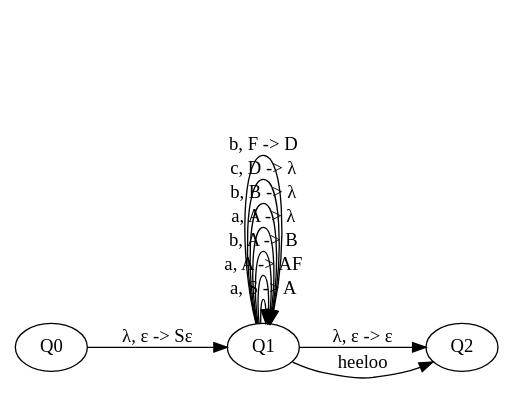
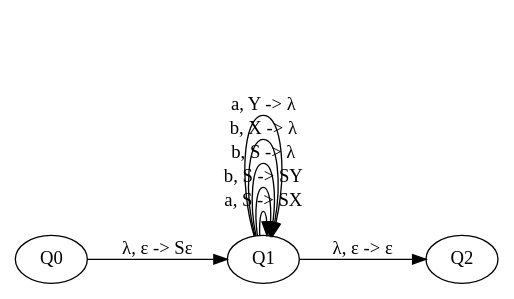
One commit to SaraHussein28/Automata-and-Computability-Project changed the diagram in finite_state_machine.gv. Above: the diagram before and after it, drawn with Graphviz. The commit also changed 25 other files, not shown here.

```diff
--- a/finite_state_machine.gv
+++ b/finite_state_machine.gv
@@ -1,17 +1,14 @@
 // The Round Table
 digraph finite_state_machine {
 	rankdir=LR size="8,5"
 	Q0
 	Q1
 	Q2
-	Q1 -> Q1 [label="a, S -> A"]
-	Q1 -> Q1 [label="a, A -> AF"]
-	Q1 -> Q1 [label="b, A -> B"]
-	Q1 -> Q1 [label="a, A -> λ"]
-	Q1 -> Q1 [label="b, B -> λ"]
-	Q1 -> Q1 [label="c, D -> λ"]
-	Q1 -> Q1 [label="b, F -> D"]
+	Q1 -> Q1 [label="a, S -> SX"]
+	Q1 -> Q1 [label="b, S -> SY"]
+	Q1 -> Q1 [label="b, S -> λ"]
+	Q1 -> Q1 [label="b, X -> λ"]
+	Q1 -> Q1 [label="a, Y -> λ"]
 	Q0 -> Q1 [label="λ, ε -> Sε"]
 	Q1 -> Q2 [label="λ, ε -> ε"]
-	Q1 -> Q2 [label=heeloo]
 }
```
